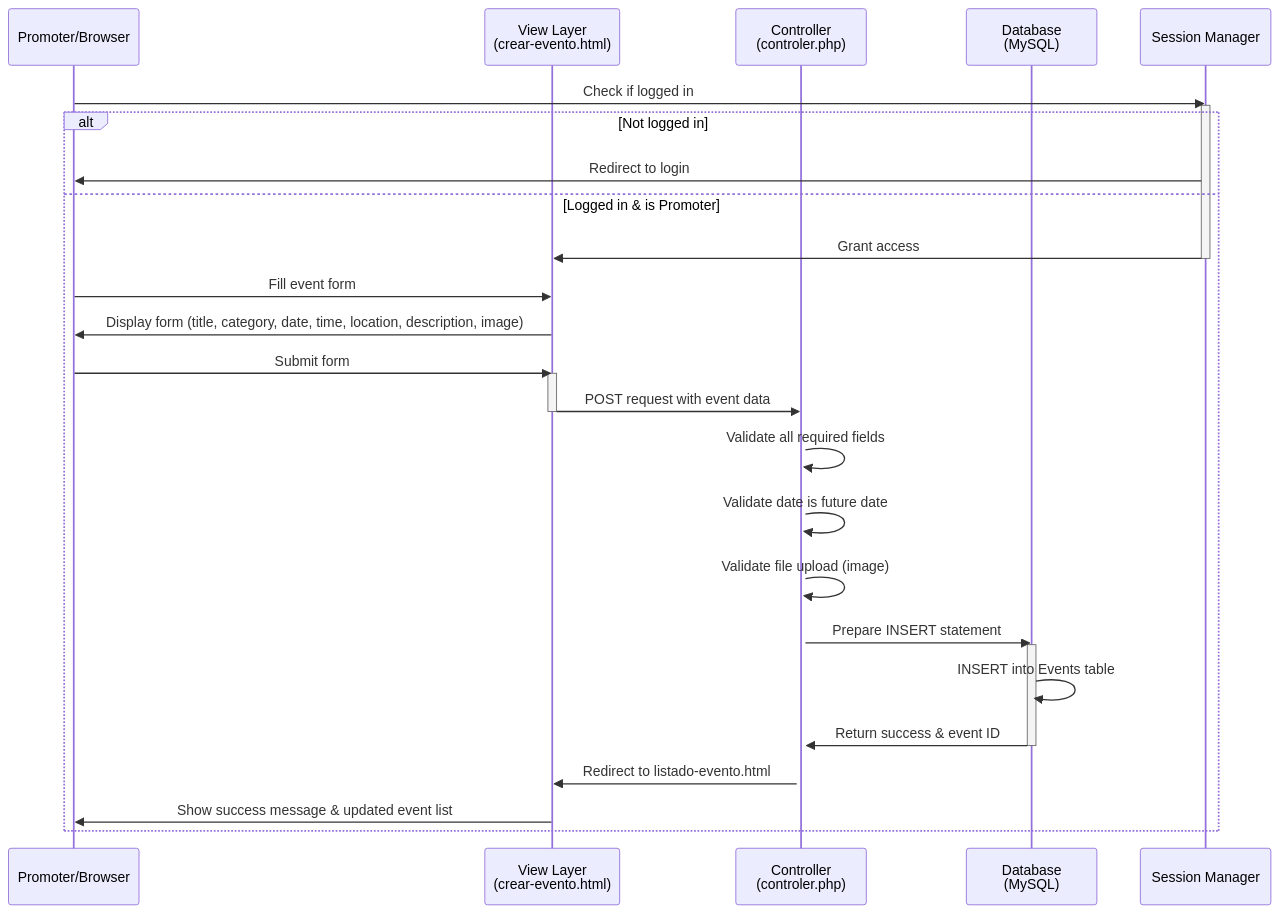
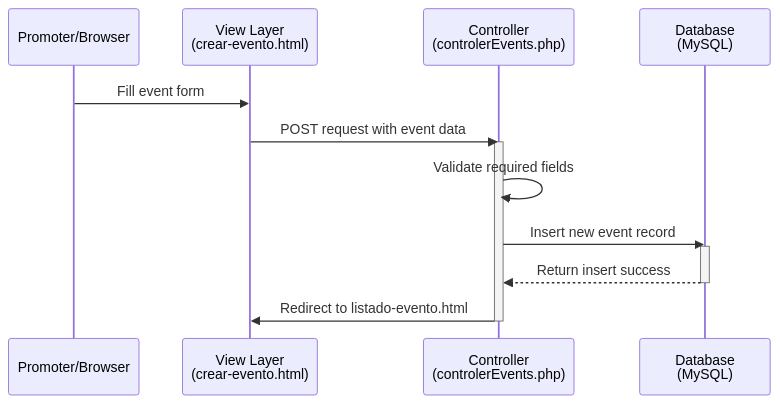
The fourth of 4 diagrams in README.md (JohnnyRib/Zentry), drawn with Mermaid before and after one commit. The commit also changed other lines of this file, not shown here.

````diff
--- a/README.md
+++ b/README.md
@@ -250,39 +191,18 @@
 ```mermaid
 sequenceDiagram
     participant Promoter as Promoter/Browser
     participant View as View Layer<br/>(crear-evento.html)
-    participant Controller as Controller<br/>(controler.php)
+    participant Controller as Controller<br/>(controlerEvents.php)
     participant Database as Database<br/>(MySQL)
-    participant Session as Session Manager
 
-    Promoter->>Session: Check if logged in
-    activate Session
-    alt Not logged in
-        Session->>Promoter: Redirect to login
-    else Logged in & is Promoter
-        Session->>View: Grant access
-        deactivate Session
-        
-        Promoter->>View: Fill event form
-        View->>Promoter: Display form (title, category, date, time, location, description, image)
-        Promoter->>View: Submit form
-        
-        activate View
-        View->>Controller: POST request with event data
-        deactivate View
-        
-        activate Controller
-        Controller->>Controller: Validate all required fields
-        Controller->>Controller: Validate date is future date
-        Controller->>Controller: Validate file upload (image)
-        
-        Controller->>Database: Prepare INSERT statement
-        activate Database
-        Database->>Database: INSERT into Events table
-        Database->>Controller: Return success & event ID
-        deactivate Database
-        
-        Controller->>View: Redirect to listado-evento.html
-        View->>Promoter: Show success message & updated event list
-    end
+    Promoter->>View: Fill event form
+    View->>Controller: POST request with event data
+    activate Controller
+    Controller->>Controller: Validate required fields
+    Controller->>Database: Insert new event record
+    activate Database
+    Database-->>Controller: Return insert success
+    deactivate Database
+    Controller->>View: Redirect to listado-evento.html
+    deactivate Controller
 ```
````
